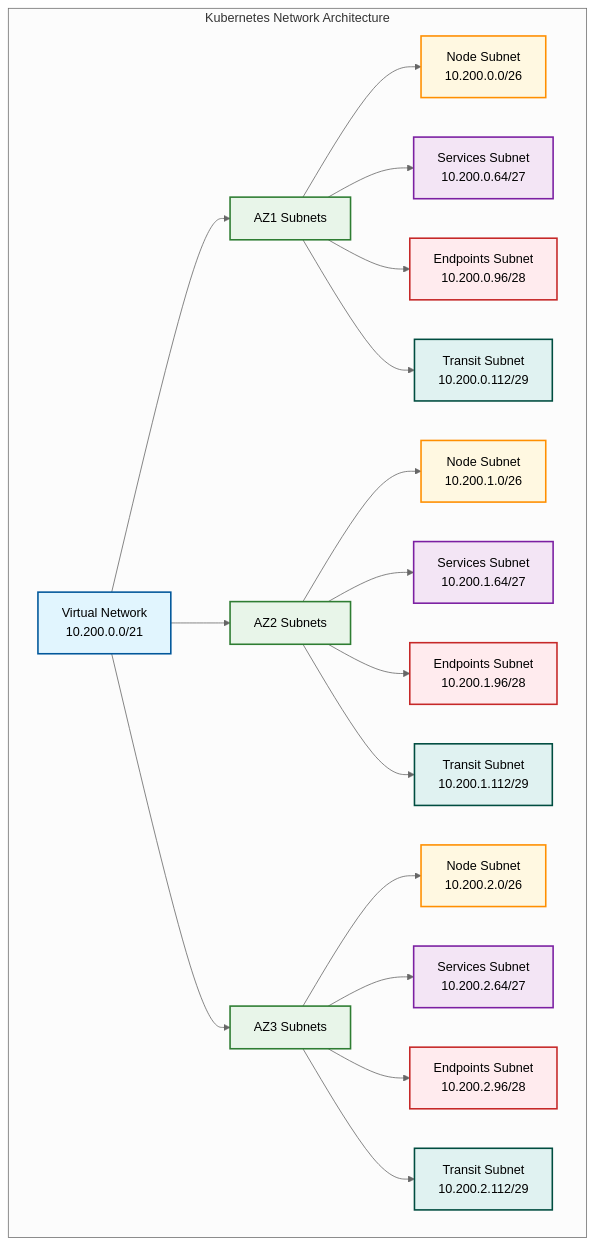
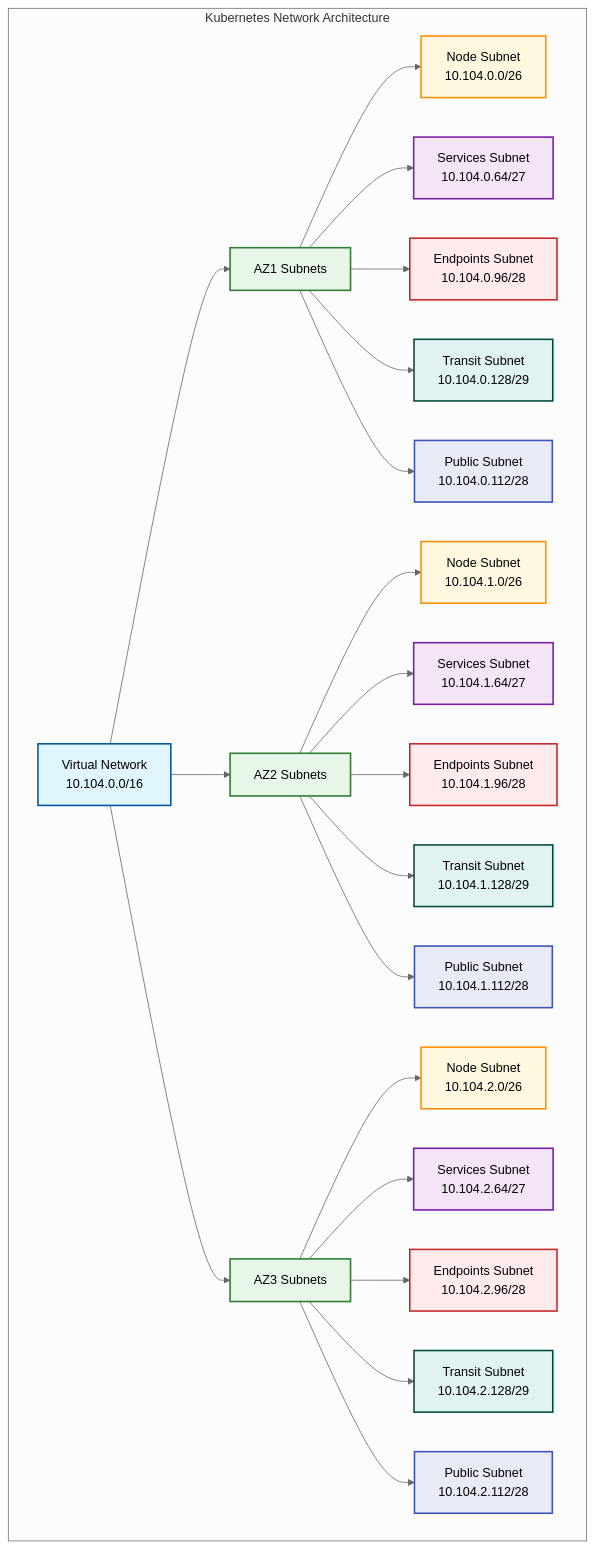
Before and after one commit to asanexample/platform: the diagram in infra/docs/08-kubernetes-network-design.md, drawn with Mermaid (neutral theme). The commit also changed other lines of this file and 1 other file, not shown here.

First line of the commit message:
docs: update Kubernetes network documentation

````diff
--- a/infra/docs/08-kubernetes-network-design.md
+++ b/infra/docs/08-kubernetes-network-design.md
@@ -22,38 +22,43 @@
 ```mermaid
 graph TD
     subgraph "Kubernetes Network Architecture"
-    VNet[Virtual Network<br>10.200.0.0/21] --> AZ1[AZ1 Subnets]
+    VNet[Virtual Network<br>10.104.0.0/16] --> AZ1[AZ1 Subnets]
     VNet --> AZ2[AZ2 Subnets]
     VNet --> AZ3[AZ3 Subnets]
     
-    AZ1 --> AZ1_Node[Node Subnet<br>10.200.0.0/26]
-    AZ1 --> AZ1_Services[Services Subnet<br>10.200.0.64/27]
-    AZ1 --> AZ1_Endpoints[Endpoints Subnet<br>10.200.0.96/28]
-    AZ1 --> AZ1_Transit[Transit Subnet<br>10.200.0.112/29]
+    AZ1 --> AZ1_Node[Node Subnet<br>10.104.0.0/26]
+    AZ1 --> AZ1_Services[Services Subnet<br>10.104.0.64/27]
+    AZ1 --> AZ1_Endpoints[Endpoints Subnet<br>10.104.0.96/28]
+    AZ1 --> AZ1_Transit[Transit Subnet<br>10.104.0.128/29]
+    AZ1 --> AZ1_Public[Public Subnet<br>10.104.0.112/28]
     
-    AZ2 --> AZ2_Node[Node Subnet<br>10.200.1.0/26]
-    AZ2 --> AZ2_Services[Services Subnet<br>10.200.1.64/27]
-    AZ2 --> AZ2_Endpoints[Endpoints Subnet<br>10.200.1.96/28]
-    AZ2 --> AZ2_Transit[Transit Subnet<br>10.200.1.112/29]
+    AZ2 --> AZ2_Node[Node Subnet<br>10.104.1.0/26]
+    AZ2 --> AZ2_Services[Services Subnet<br>10.104.1.64/27]
+    AZ2 --> AZ2_Endpoints[Endpoints Subnet<br>10.104.1.96/28]
+    AZ2 --> AZ2_Transit[Transit Subnet<br>10.104.1.128/29]
+    AZ2 --> AZ2_Public[Public Subnet<br>10.104.1.112/28]
     
-    AZ3 --> AZ3_Node[Node Subnet<br>10.200.2.0/26]
-    AZ3 --> AZ3_Services[Services Subnet<br>10.200.2.64/27]
-    AZ3 --> AZ3_Endpoints[Endpoints Subnet<br>10.200.2.96/28]
-    AZ3 --> AZ3_Transit[Transit Subnet<br>10.200.2.112/29]
+    AZ3 --> AZ3_Node[Node Subnet<br>10.104.2.0/26]
+    AZ3 --> AZ3_Services[Services Subnet<br>10.104.2.64/27]
+    AZ3 --> AZ3_Endpoints[Endpoints Subnet<br>10.104.2.96/28]
+    AZ3 --> AZ3_Transit[Transit Subnet<br>10.104.2.128/29]
+    AZ3 --> AZ3_Public[Public Subnet<br>10.104.2.112/28]
     
     classDef default fill:#f9f9f9,stroke:#333,stroke-width:1px;
     classDef vnet fill:#e1f5fe,stroke:#01579b,stroke-width:2px;
     classDef az fill:#e8f5e9,stroke:#2e7d32,stroke-width:2px;
     classDef node fill:#fff8e1,stroke:#ff8f00,stroke-width:2px;
     classDef service fill:#f3e5f5,stroke:#7b1fa2,stroke-width:2px;
     classDef endpoint fill:#ffebee,stroke:#c62828,stroke-width:2px;
     classDef transit fill:#e0f2f1,stroke:#004d40,stroke-width:2px;
+    classDef public fill:#e8eaf6,stroke:#3f51b5,stroke-width:2px;
     
     class VNet vnet;
     class AZ1,AZ2,AZ3 az;
     class AZ1_Node,AZ2_Node,AZ3_Node node;
     class AZ1_Services,AZ2_Services,AZ3_Services service;
     class AZ1_Endpoints,AZ2_Endpoints,AZ3_Endpoints endpoint;
     class AZ1_Transit,AZ2_Transit,AZ3_Transit transit;
+    class AZ1_Public,AZ2_Public,AZ3_Public public;
     end
 ```
````
